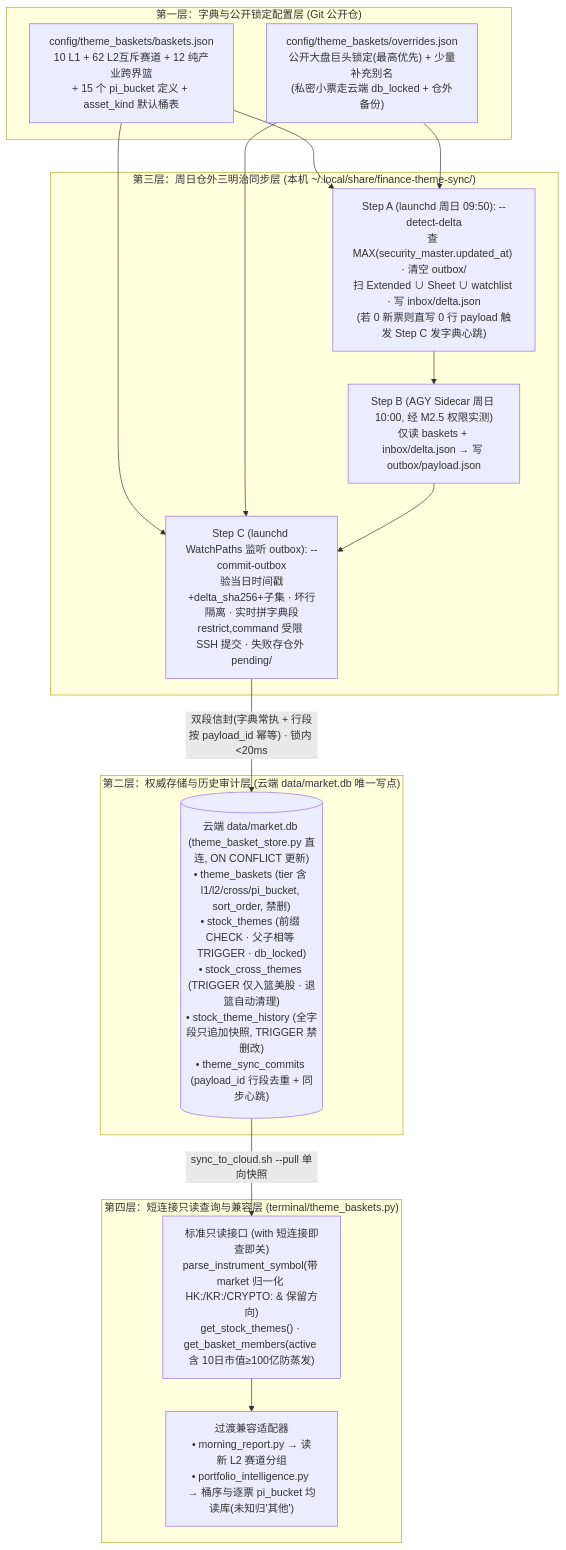
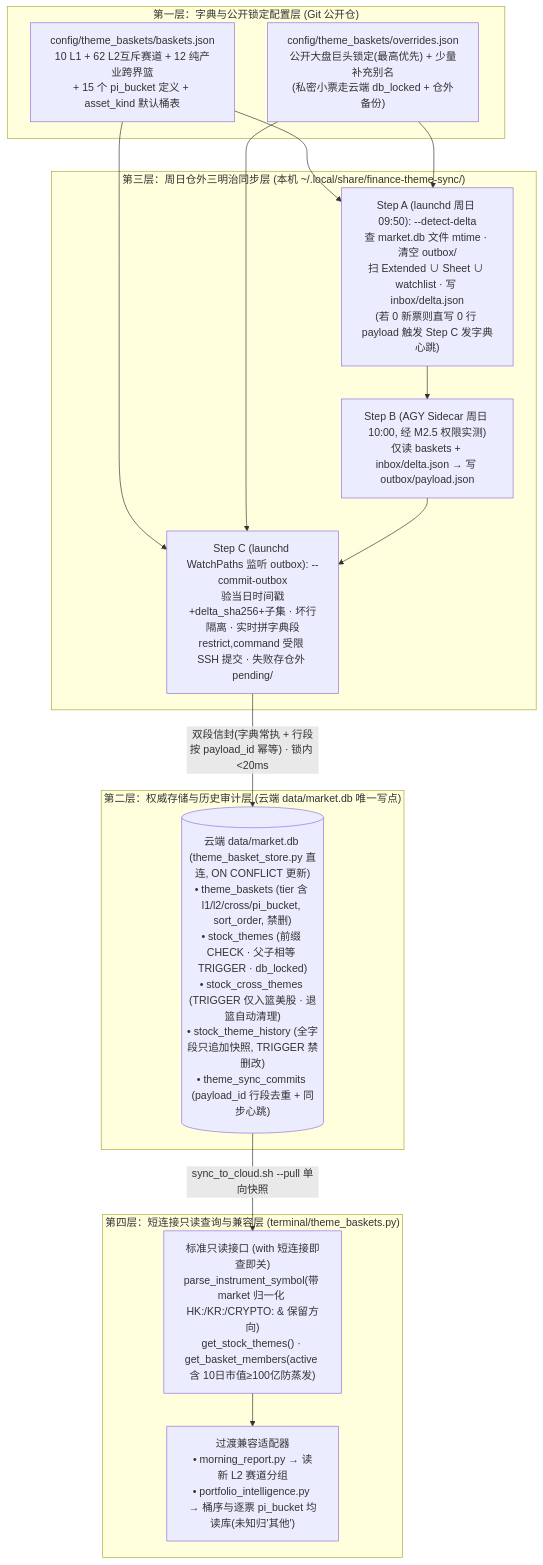
The diagram in docs/design/stock-theme-north-star.md (owenliang60-ship-it/finance), drawn with Mermaid before and after one commit. The commit also changed other lines of this file and 2 other files, not shown here.

Commit message:
feat(theme): complete M3 outbox commit, pending replay, and north-star sync

````diff
--- a/docs/design/stock-theme-north-star.md
+++ b/docs/design/stock-theme-north-star.md
@@ -26,28 +26,28 @@
 ```mermaid
 flowchart TB
     subgraph L1_CFG["第一层：字典与公开锁定配置层 (Git 公开仓)"]
         BJSON["config/theme_baskets/baskets.json\n10 L1 + 62 L2互斥赛道 + 12 纯产业跨界篮\n+ 15 个 pi_bucket 定义 + asset_kind 默认桶表"]
         OJSON["config/theme_baskets/overrides.json\n公开大盘巨头锁定(最高优先) + 少量补充别名\n(私密小票走云端 db_locked + 仓外备份)"]
     end
 
     subgraph L3_SYNC["第三层：周日仓外三明治同步层 (本机 ~/.local/share/finance-theme-sync/)"]
-        STEP_A["Step A (launchd 周日 09:50): --detect-delta\n查 MAX(security_master.updated_at) · 清空 outbox/\n扫 Extended ∪ Sheet ∪ watchlist · 写 inbox/delta.json\n(若 0 新票则直写 0 行 payload 触发 Step C 发字典心跳)"]
+        STEP_A["Step A (launchd 周日 09:50): --detect-delta\n查 market.db 文件 mtime · 清空 outbox/\n扫 Extended ∪ Sheet ∪ watchlist · 写 inbox/delta.json\n(若 0 新票则直写 0 行 payload 触发 Step C 发字典心跳)"]
         STEP_B["Step B (AGY Sidecar 周日 10:00, 经 M2.5 权限实测)\n仅读 baskets + inbox/delta.json → 写 outbox/payload.json"]
         STEP_C["Step C (launchd WatchPaths 监听 outbox): --commit-outbox\n验当日时间戳+delta_sha256+子集 · 坏行隔离 · 实时拼字典段\nrestrict,command 受限 SSH 提交 · 失败存仓外 pending/"]
     end
 
     subgraph L2_STORE["第二层：权威存储与历史审计层 (云端 data/market.db 唯一写点)"]
         MDB[("云端 data/market.db (theme_basket_store.py 直连, ON CONFLICT 更新)\n• theme_baskets (tier 含 l1/l2/cross/pi_bucket, sort_order, 禁删)\n• stock_themes (前缀 CHECK · 父子相等 TRIGGER · db_locked)\n• stock_cross_themes (TRIGGER 仅入篮美股 · 退篮自动清理)\n• stock_theme_history (全字段只追加快照, TRIGGER 禁删改)\n• theme_sync_commits (payload_id 行段去重 + 同步心跳)")]
     end
 
     subgraph L4_READ["第四层：短连接只读查询与兼容层 (terminal/theme_baskets.py)"]
         API["标准只读接口 (with 短连接即查即关)\nparse_instrument_symbol(带 market 归一化 HK:/KR:/CRYPTO: & 保留方向)\nget_stock_themes() · get_basket_members(active 含 10日市值≥100亿防蒸发)"]
         COMPAT["过渡兼容适配器\n• morning_report.py → 读新 L2 赛道分组\n• portfolio_intelligence.py → 桶序与逐票 pi_bucket 均读库(未知归'其他')"]
     end
 
     BJSON & OJSON --> STEP_A & STEP_C
     STEP_A --> STEP_B --> STEP_C
     STEP_C -- "双段信封(字典常执 + 行段按 payload_id 幂等) · 锁内 <20ms" --> MDB
     MDB -- "sync_to_cloud.sh --pull 单向快照" --> API
     API --> COMPAT
 ```
````
